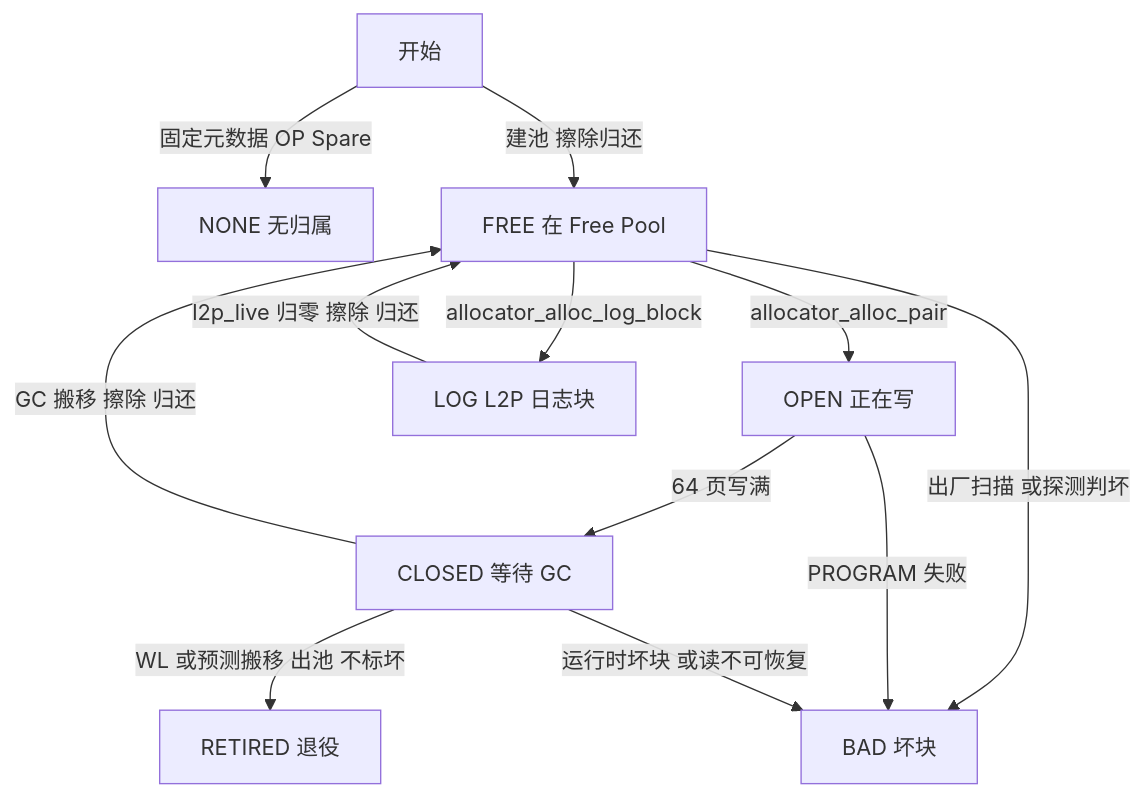
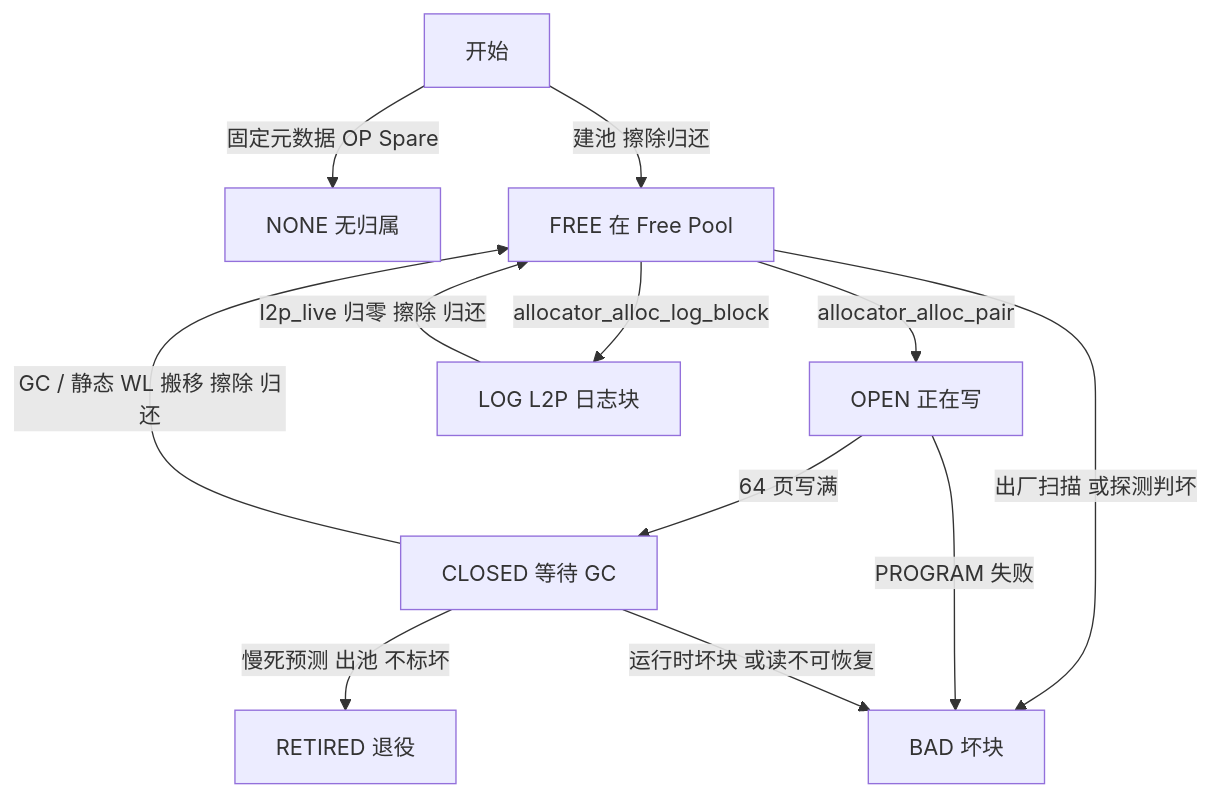
One commit to YzYMIAO/BASESSD changed the seventh of 32 diagrams in docs/design/ftl_design.md. Above: the diagram before and after it, drawn with Mermaid. The commit also changed other lines of this file and 12 other files, not shown here.

````diff
--- a/docs/design/ftl_design.md
+++ b/docs/design/ftl_design.md
@@ -1237,22 +1237,22 @@
 ```mermaid
 flowchart TD
     START["开始"]
     NONE["NONE 无归属"]
     FREE["FREE 在 Free Pool"]
     OPEN["OPEN 正在写"]
     CLOSED["CLOSED 等待 GC"]
     LOG["LOG L2P 日志块"]
     RETIRED["RETIRED 退役"]
     BAD["BAD 坏块"]
     START -- "固定元数据 OP Spare" --> NONE
     START -- "建池 擦除归还" --> FREE
     FREE -- "allocator_alloc_pair" --> OPEN
     OPEN -- "64 页写满" --> CLOSED
-    CLOSED -- "GC 搬移 擦除 归还" --> FREE
-    CLOSED -- "WL 或预测搬移 出池 不标坏" --> RETIRED
+    CLOSED -- "GC / 静态 WL 搬移 擦除 归还" --> FREE
+    CLOSED -- "慢死预测 出池 不标坏" --> RETIRED
     FREE -- "allocator_alloc_log_block" --> LOG
     LOG -- "l2p_live 归零 擦除 归还" --> FREE
     FREE -- "出厂扫描 或探测判坏" --> BAD
     OPEN -- "PROGRAM 失败" --> BAD
     CLOSED -- "运行时坏块 或读不可恢复" --> BAD
 ```
````
